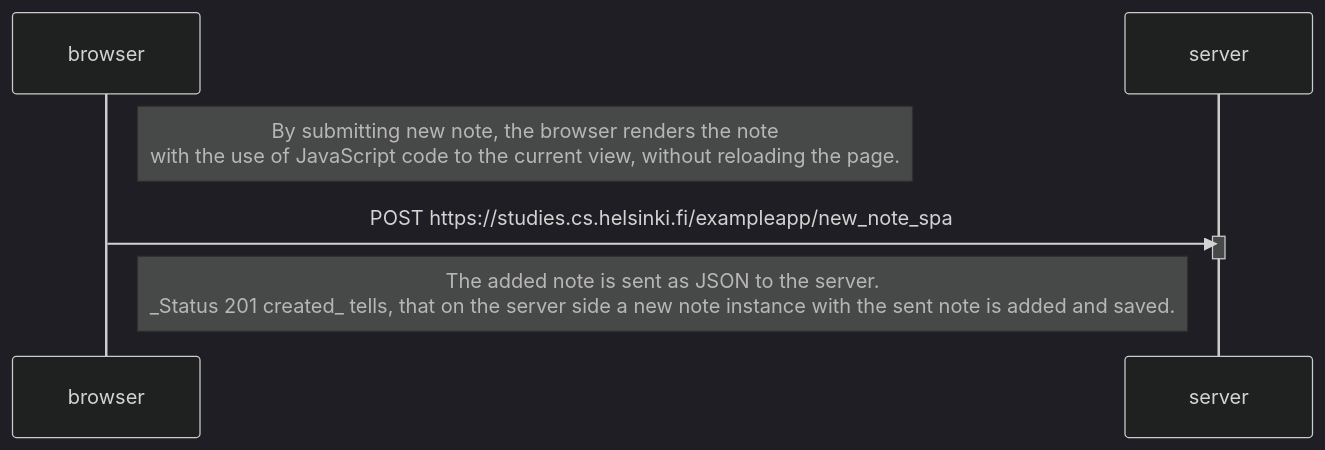
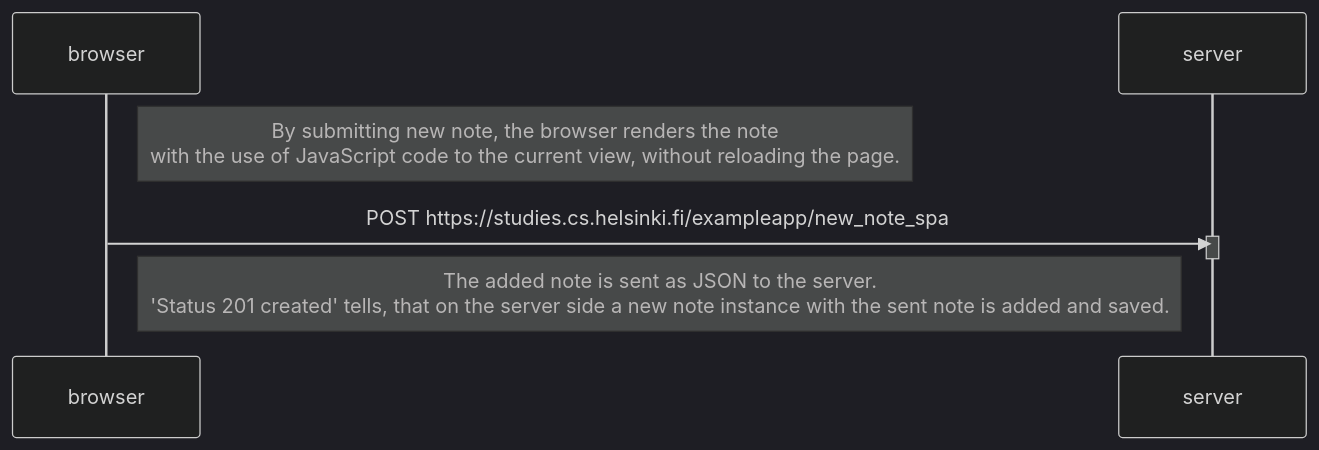
The diagram in adding_note_spa_sequence.md (Sandrowue/FullStackOpen), drawn with Mermaid (dark theme) before and after one commit.

Commit message:
adding apostrophe to note

````diff
--- a/adding_note_spa_sequence.md
+++ b/adding_note_spa_sequence.md
@@ -1,13 +1,13 @@
 ```mermaid
 sequenceDiagram
     participant browser
     participant server 
 
     Note right of browser: By submitting new note, the browser renders the note <br>with the use of JavaScript code to the current view, without reloading the page.
 
     browser->>server: POST https://studies.cs.helsinki.fi/exampleapp/new_note_spa
     activate server
     deactivate server
 
-    Note right of browser: The added note is sent as JSON to the server. <br>_Status 201 created_ tells, that on the server side a new note instance with the sent note is added and saved. 
+    Note right of browser: The added note is sent as JSON to the server. <br>'Status 201 created' tells, that on the server side a new note instance with the sent note is added and saved. 
 ```
````
